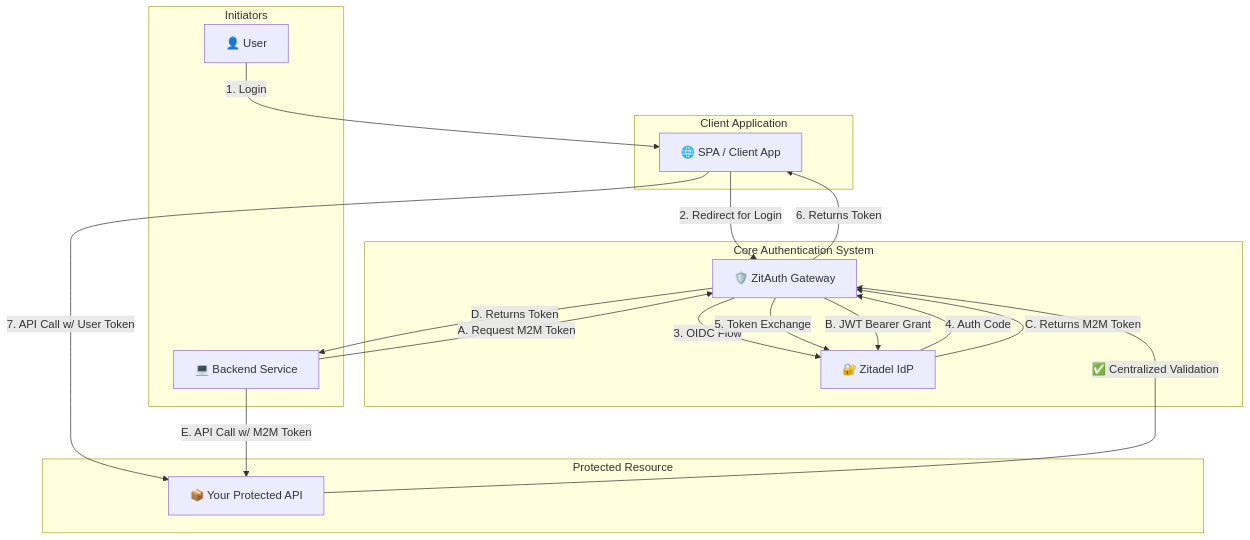
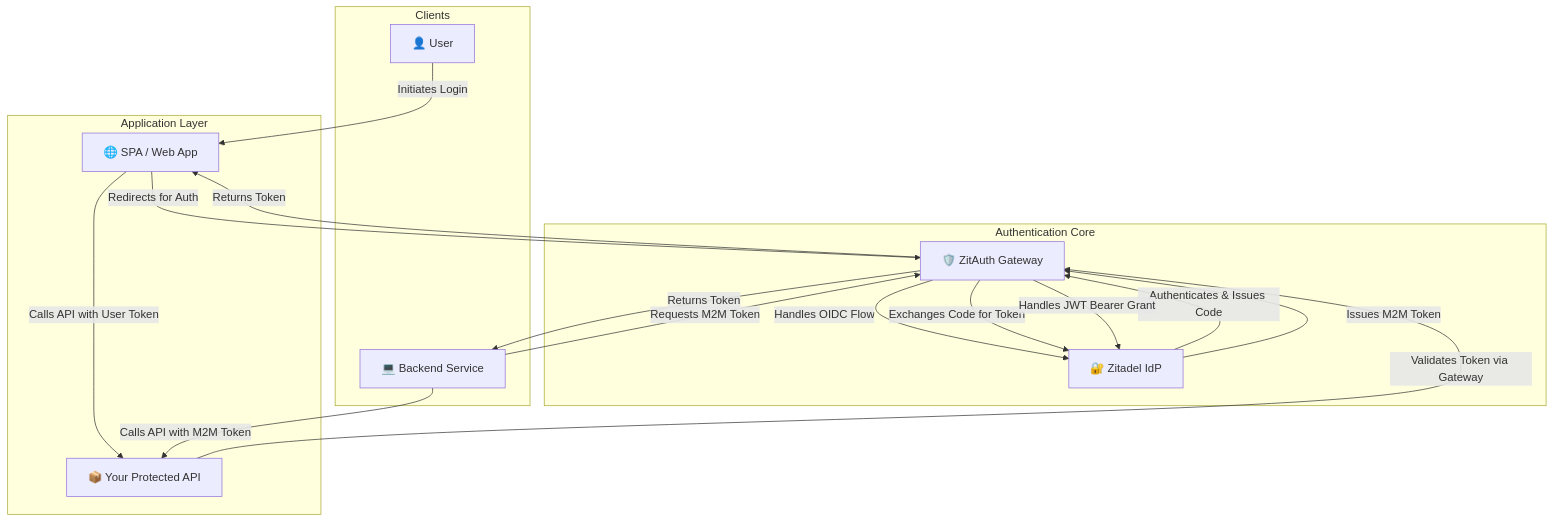
Before and after one commit to taresh18/ZitAuth: the diagram in README.md, drawn with Mermaid. The commit also changed other lines of this file, not shown here.

````diff
--- a/README.md
+++ b/README.md
@@ -28,39 +21,36 @@
 ```mermaid
 graph TD
-    subgraph "Initiators"
+    subgraph "Clients"
         User[👤 User]
         M2MClient[💻 Backend Service]
     end
 
-    subgraph "Client Application"
-        SPA[🌐 SPA / Client App]
+    subgraph "Application Layer"
+        SPA[🌐 SPA / Web App]
+        ProtectedAPI[📦 Your Protected API]
     end
 
-    subgraph "Core Authentication System"
+    subgraph "Authentication Core"
         ZitAuth[🛡️ ZitAuth Gateway]
         Zitadel[🔐 Zitadel IdP]
     end
 
-    subgraph "Protected Resource"
-        ProtectedAPI[📦 Your Protected API]
-    end
+    %% User Authentication Flow
+    User -- "Initiates Login" --> SPA
+    SPA -- "Redirects for Auth" --> ZitAuth
+    ZitAuth -- "Handles OIDC Flow" --> Zitadel
+    Zitadel -- "Authenticates & Issues Code" --> ZitAuth
+    ZitAuth -- "Exchanges Code for Token" --> Zitadel
+    ZitAuth -- "Returns Token" --> SPA
+    SPA -- "Calls API with User Token" --> ProtectedAPI
 
-    %% User Authentication Flow (Numbered Steps)
-    User -- "1. Login" --> SPA
-    SPA -- "2. Redirect for Login" --> ZitAuth
-    ZitAuth -- "3. OIDC Flow" --> Zitadel
-    Zitadel -- "4. Auth Code" --> ZitAuth
-    ZitAuth -- "5. Token Exchange" --> Zitadel
-    ZitAuth -- "6. Returns Token" --> SPA
+    %% M2M Authentication Flow
+    M2MClient -- "Requests M2M Token" --> ZitAuth
+    ZitAuth -- "Handles JWT Bearer Grant" --> Zitadel
+    Zitadel -- "Issues M2M Token" --> ZitAuth
+    ZitAuth -- "Returns Token" --> M2MClient
+    M2MClient -- "Calls API with M2M Token" --> ProtectedAPI
 
-    %% M2M Authentication Flow (Lettered Steps)
-    M2MClient -- "A. Request M2M Token" --> ZitAuth
-    ZitAuth -- "B. JWT Bearer Grant" --> Zitadel
-    Zitadel -- "C. Returns M2M Token" --> ZitAuth
-    ZitAuth -- "D. Returns Token" --> M2MClient
-
-    %% API Access - The Convergence Point
-    SPA -- "7. API Call w/ User Token" --> ProtectedAPI
-    M2MClient -- "E. API Call w/ M2M Token" --> ProtectedAPI
-    ProtectedAPI -- "✅ Centralized Validation" --> ZitAuth
+    %% Centralized Validation
+    ProtectedAPI -- "Validates Token via Gateway" --> ZitAuth
 ```
````
